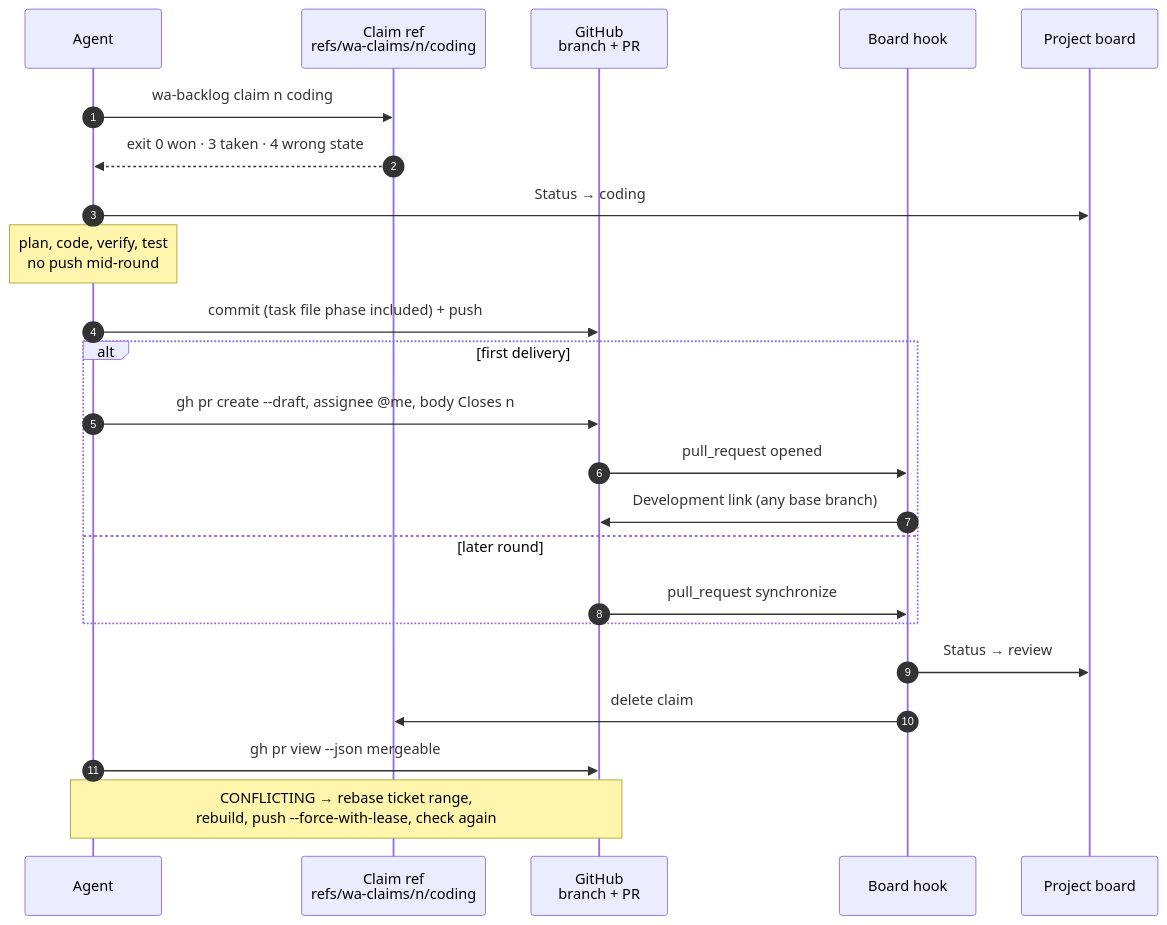
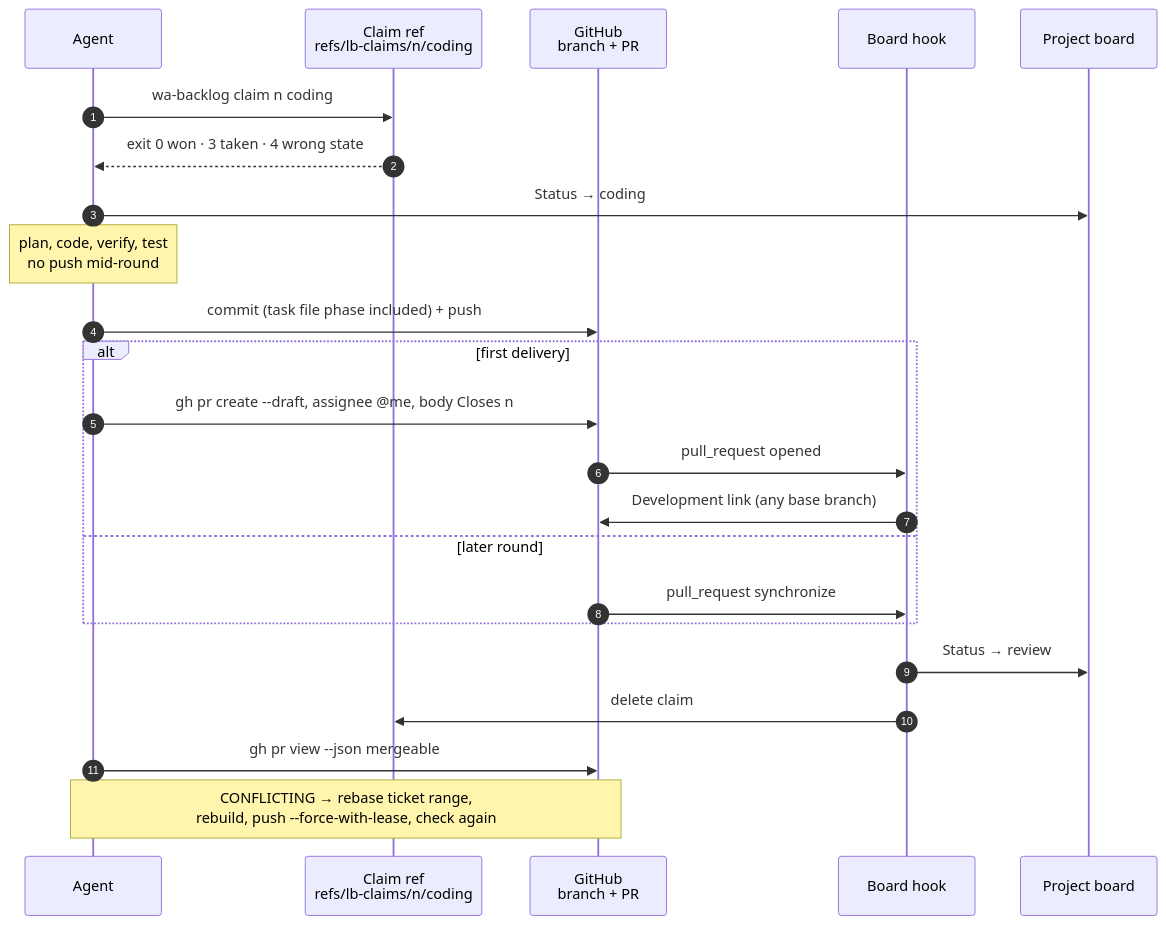
Before and after one commit to rlatapy-luna/whackagent: the fourth of 8 diagrams in WORKFLOW.md, drawn with Mermaid. The commit also changed other lines of this file and 55 other files, not shown here.

````diff
--- a/WORKFLOW.md
+++ b/WORKFLOW.md
@@ -130,26 +130,26 @@
 ```mermaid
 sequenceDiagram
     autonumber
     participant A as Agent
-    participant C as Claim ref<br/>refs/wa-claims/n/coding
+    participant C as Claim ref<br/>refs/lb-claims/n/coding
     participant G as GitHub<br/>branch + PR
     participant H as Board hook
     participant B as Project board
 
     A->>C: wa-backlog claim n coding
     C-->>A: exit 0 won · 3 taken · 4 wrong state
     A->>B: Status → coding
     Note over A: plan, code, verify, test<br/>no push mid-round
     A->>G: commit (task file phase included) + push
     alt first delivery
         A->>G: gh pr create --draft, assignee @me, body Closes n
         G->>H: pull_request opened
         H->>G: Development link (any base branch)
     else later round
         G->>H: pull_request synchronize
     end
     H->>B: Status → review
     H->>C: delete claim
     A->>G: gh pr view --json mergeable
     Note over A,G: CONFLICTING → rebase ticket range,<br/>rebuild, push --force-with-lease, check again
 ```
````
